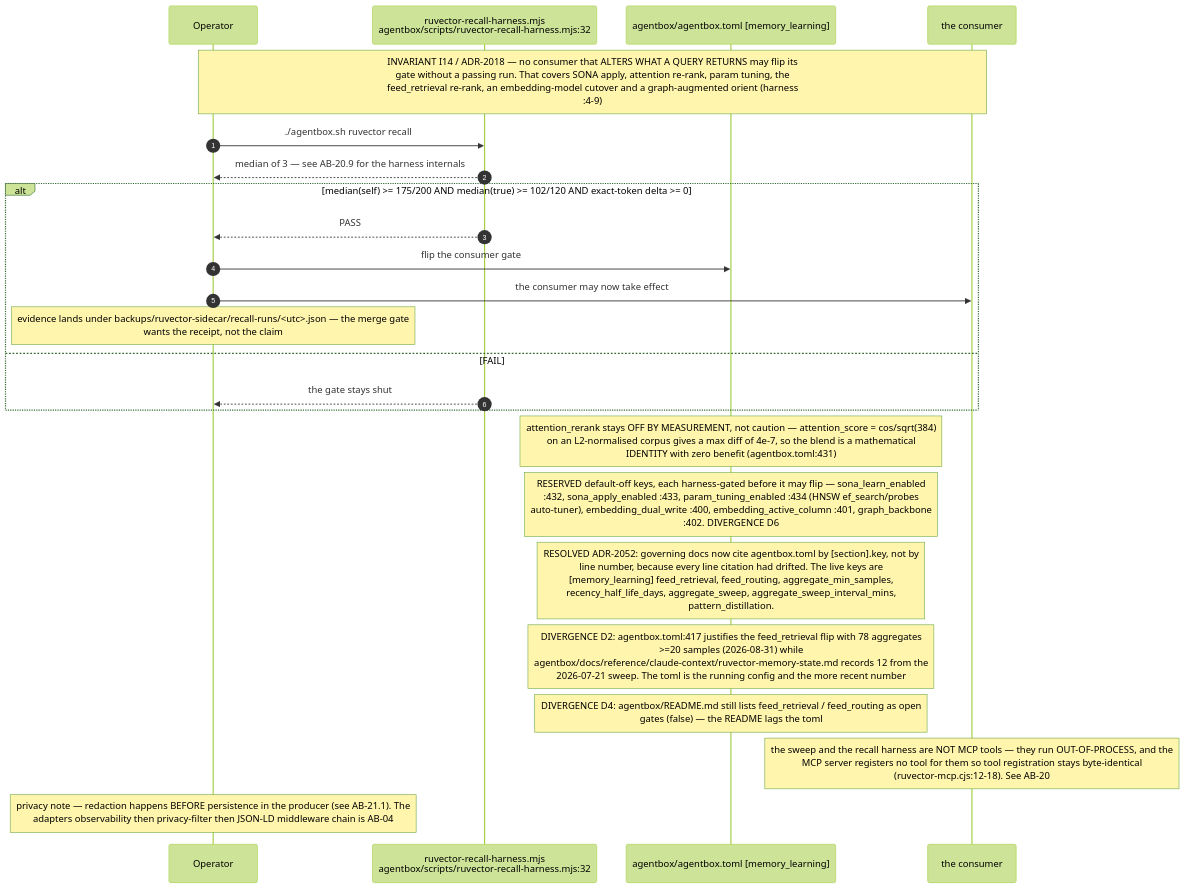
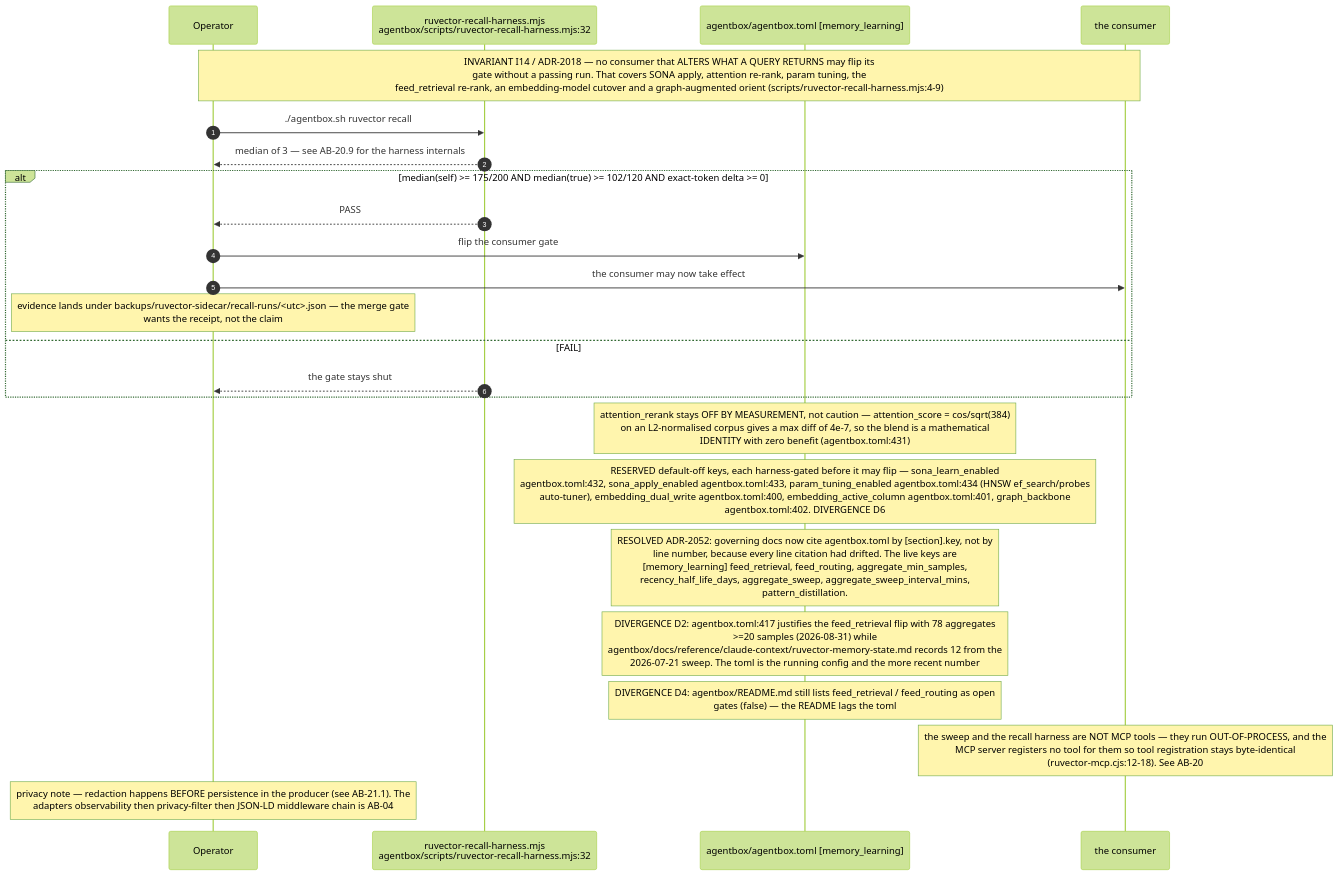
One commit to DreamLab-AI/VisionFlow changed the tenth of 10 diagrams in docs/diagrams/agentbox/21-learning-loop.md. Above: the diagram before and after it, drawn with Mermaid (forest theme). The commit also changed other lines of this file and 52 other files, not shown here.

First line of the commit message:
docs(diagrams): wave 3 checkpoint — bare line refs resolved, revision-pinned cite-check, VC-05/AB-01..13 re-attested

````diff
--- a/docs/diagrams/agentbox/21-learning-loop.md
+++ b/docs/diagrams/agentbox/21-learning-loop.md
@@ -431,27 +431,27 @@
 ```mermaid
 sequenceDiagram
     autonumber
     participant OP as Operator
     participant H as ruvector-recall-harness.mjs<br/>agentbox/scripts/ruvector-recall-harness.mjs:32
     participant TOML as agentbox/agentbox.toml [memory_learning]
     participant CONS as the consumer
 
-    Note over OP,CONS: INVARIANT I14 / ADR-2018 — no consumer that ALTERS WHAT A QUERY RETURNS may flip its<br/>gate without a passing run. That covers SONA apply, attention re-rank, param tuning, the<br/>feed_retrieval re-rank, an embedding-model cutover and a graph-augmented orient (harness<br/>:4-9)
+    Note over OP,CONS: INVARIANT I14 / ADR-2018 — no consumer that ALTERS WHAT A QUERY RETURNS may flip its<br/>gate without a passing run. That covers SONA apply, attention re-rank, param tuning, the<br/>feed_retrieval re-rank, an embedding-model cutover and a graph-augmented orient (scripts/ruvector-recall-harness.mjs:4-9)
     OP->>H: ./agentbox.sh ruvector recall
     H-->>OP: median of 3 — see AB-20.9 for the harness internals
     alt median(self) >= 175/200 AND median(true) >= 102/120 AND exact-token delta >= 0
         H-->>OP: PASS
         OP->>TOML: flip the consumer gate
         OP->>CONS: the consumer may now take effect
         Note over OP: evidence lands under backups/ruvector-sidecar/recall-runs/<utc>.json — the merge gate<br/>wants the receipt, not the claim
     else FAIL
         H-->>OP: the gate stays shut
     end
     Note over TOML: attention_rerank stays OFF BY MEASUREMENT, not caution — attention_score = cos/sqrt(384)<br/>on an L2-normalised corpus gives a max diff of 4e-7, so the blend is a mathematical<br/>IDENTITY with zero benefit (agentbox.toml:431)
-    Note over TOML: RESERVED default-off keys, each harness-gated before it may flip — sona_learn_enabled<br/>:432, sona_apply_enabled :433, param_tuning_enabled :434 (HNSW ef_search/probes<br/>auto-tuner), embedding_dual_write :400, embedding_active_column :401, graph_backbone<br/>:402. DIVERGENCE D6
+    Note over TOML: RESERVED default-off keys, each harness-gated before it may flip — sona_learn_enabled<br/>agentbox.toml:432, sona_apply_enabled agentbox.toml:433, param_tuning_enabled agentbox.toml:434 (HNSW ef_search/probes<br/>auto-tuner), embedding_dual_write agentbox.toml:400, embedding_active_column agentbox.toml:401, graph_backbone<br/>agentbox.toml:402. DIVERGENCE D6
     Note over TOML: RESOLVED ADR-2052: governing docs now cite agentbox.toml by [section].key, not by<br/>line number, because every line citation had drifted. The live keys are<br/>[memory_learning] feed_retrieval, feed_routing, aggregate_min_samples,<br/>recency_half_life_days, aggregate_sweep, aggregate_sweep_interval_mins,<br/>pattern_distillation.
     Note over TOML: DIVERGENCE D2: agentbox.toml:417 justifies the feed_retrieval flip with 78 aggregates<br/>>=20 samples (2026-08-31) while<br/>agentbox/docs/reference/claude-context/ruvector-memory-state.md records 12 from the<br/>2026-07-21 sweep. The toml is the running config and the more recent number
     Note over TOML: DIVERGENCE D4: agentbox/README.md still lists feed_retrieval / feed_routing as open<br/>gates (false) — the README lags the toml
     Note over CONS: the sweep and the recall harness are NOT MCP tools — they run OUT-OF-PROCESS, and the<br/>MCP server registers no tool for them so tool registration stays byte-identical<br/>(ruvector-mcp.cjs:12-18). See AB-20
     Note over OP: privacy note — redaction happens BEFORE persistence in the producer (see AB-21.1). The<br/>adapters observability then privacy-filter then JSON-LD middleware chain is AB-04
 ```
````
